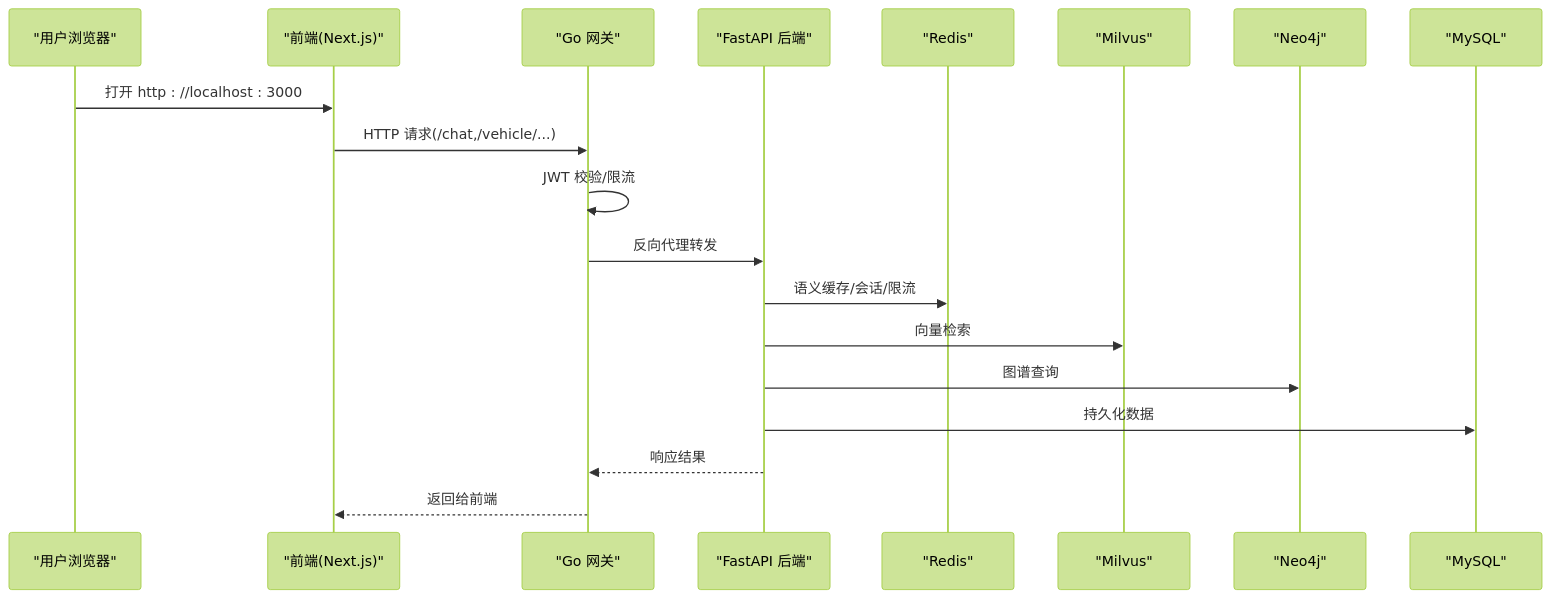
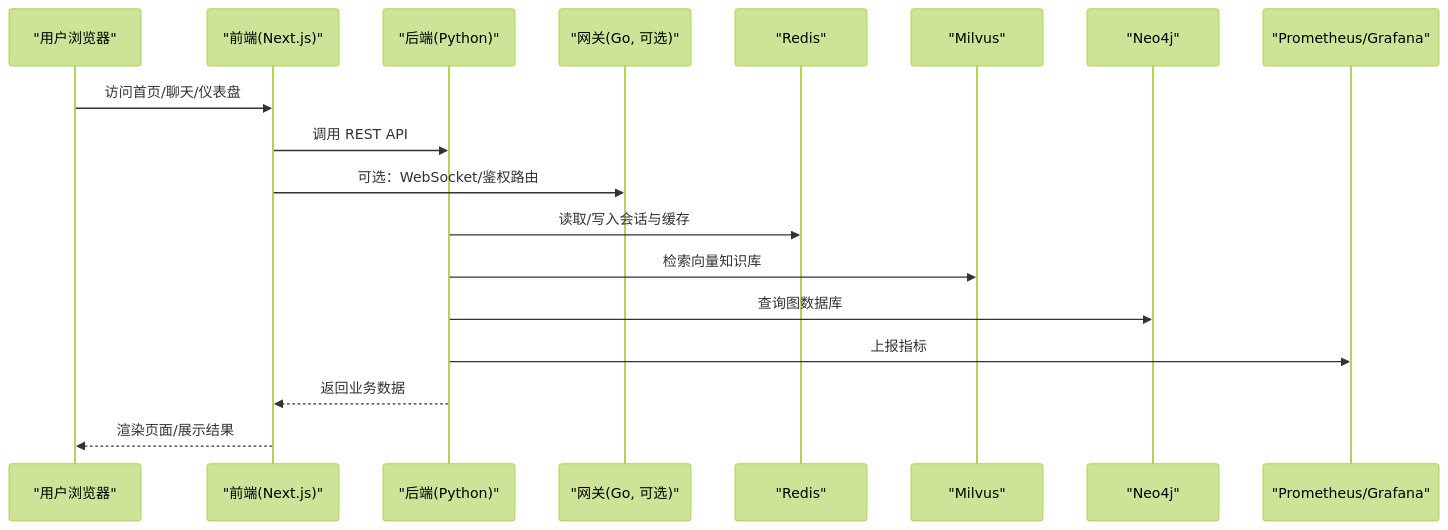
Before and after one commit to zmdhdu/NexusCockpit: the second of 3 diagrams in .qoder/repowiki/zh/content/快速开始.md, drawn with Mermaid (forest theme). The commit also changed other lines of this file and 535 other files, not shown here.

````diff
--- a/.qoder/repowiki/zh/content/快速开始.md
+++ b/.qoder/repowiki/zh/content/快速开始.md
@@ -95,21 +126,20 @@
 ```mermaid
 sequenceDiagram
 participant U as "用户浏览器"
-participant FE as "前端(Next.js)"
-participant GW as "Go 网关"
-participant API as "FastAPI 后端"
+participant F as "前端(Next.js)"
+participant B as "后端(Python)"
+participant G as "网关(Go, 可选)"
 participant R as "Redis"
 participant V as "Milvus"
-participant G as "Neo4j"
-participant DB as "MySQL"
-U->>FE : 打开 http : //localhost : 3000
-FE->>GW : HTTP 请求(/chat,/vehicle/...)
-GW->>GW : JWT 校验/限流
-GW->>API : 反向代理转发
-API->>R : 语义缓存/会话/限流
-API->>V : 向量检索
-API->>G : 图谱查询
-API->>DB : 持久化数据
-API-->>GW : 响应结果
-GW-->>FE : 返回给前端
+participant N as "Neo4j"
+participant P as "Prometheus/Grafana"
+U->>F : 访问首页/聊天/仪表盘
+F->>B : 调用 REST API
+F->>G : 可选：WebSocket/鉴权路由
+B->>R : 读取/写入会话与缓存
+B->>V : 检索向量知识库
+B->>N : 查询图数据库
+B->>P : 上报指标
+B-->>F : 返回业务数据
+F-->>U : 渲染页面/展示结果
 ```
````
